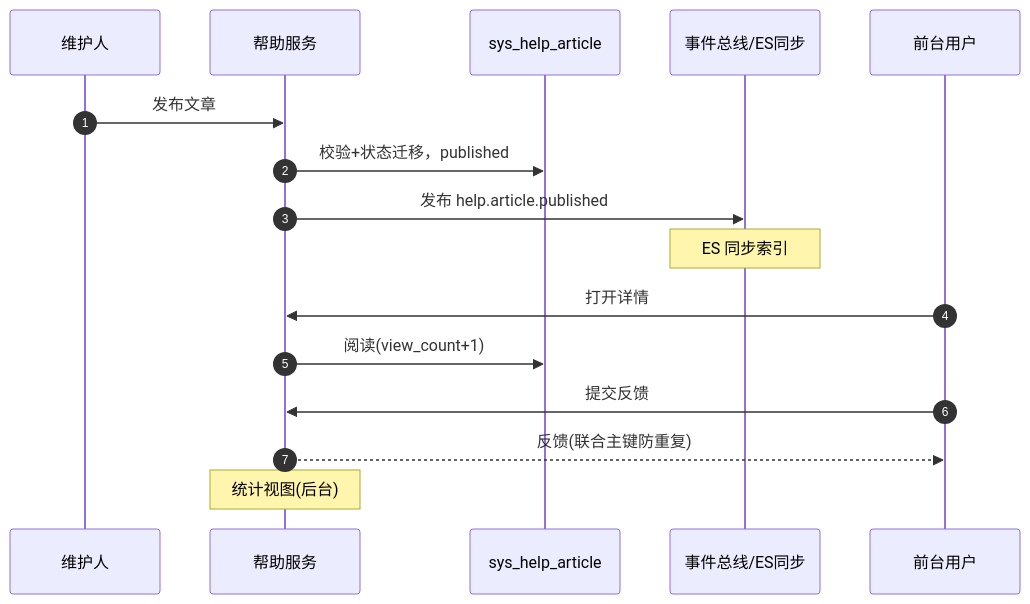
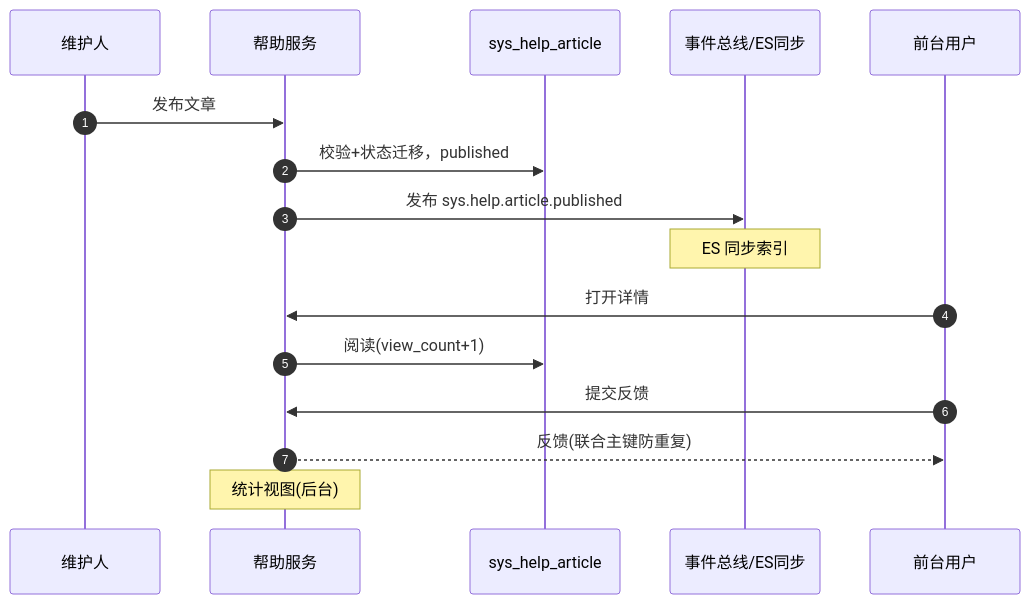
The diagram in bms文档/设计/概要设计/17_概要设计_帮助中心.md (minjian123/basic-management-system), drawn with Mermaid before and after one commit. The commit also changed other lines of this file and 28 other files, not shown here.

````diff
--- a/bms文档/设计/概要设计/17_概要设计_帮助中心.md
+++ b/bms文档/设计/概要设计/17_概要设计_帮助中心.md
@@ -55,19 +55,19 @@
 ```mermaid
 sequenceDiagram
     autonumber
     participant 维护人
     participant 帮助服务
     participant 文章表 as sys_help_article
     participant 事件总线 as 事件总线/ES同步
     participant 前台用户
 
     维护人->>帮助服务: 发布文章
     帮助服务->>文章表: 校验+状态迁移，published
-    帮助服务->>事件总线: 发布 help.article.published
+    帮助服务->>事件总线: 发布 sys.help.article.published
     Note over 事件总线: ES 同步索引
     前台用户->>帮助服务: 打开详情
     帮助服务->>文章表: 阅读(view_count+1)
     前台用户->>帮助服务: 提交反馈
     帮助服务-->>前台用户: 反馈(联合主键防重复)
     Note over 帮助服务: 统计视图(后台)
 ```
````
